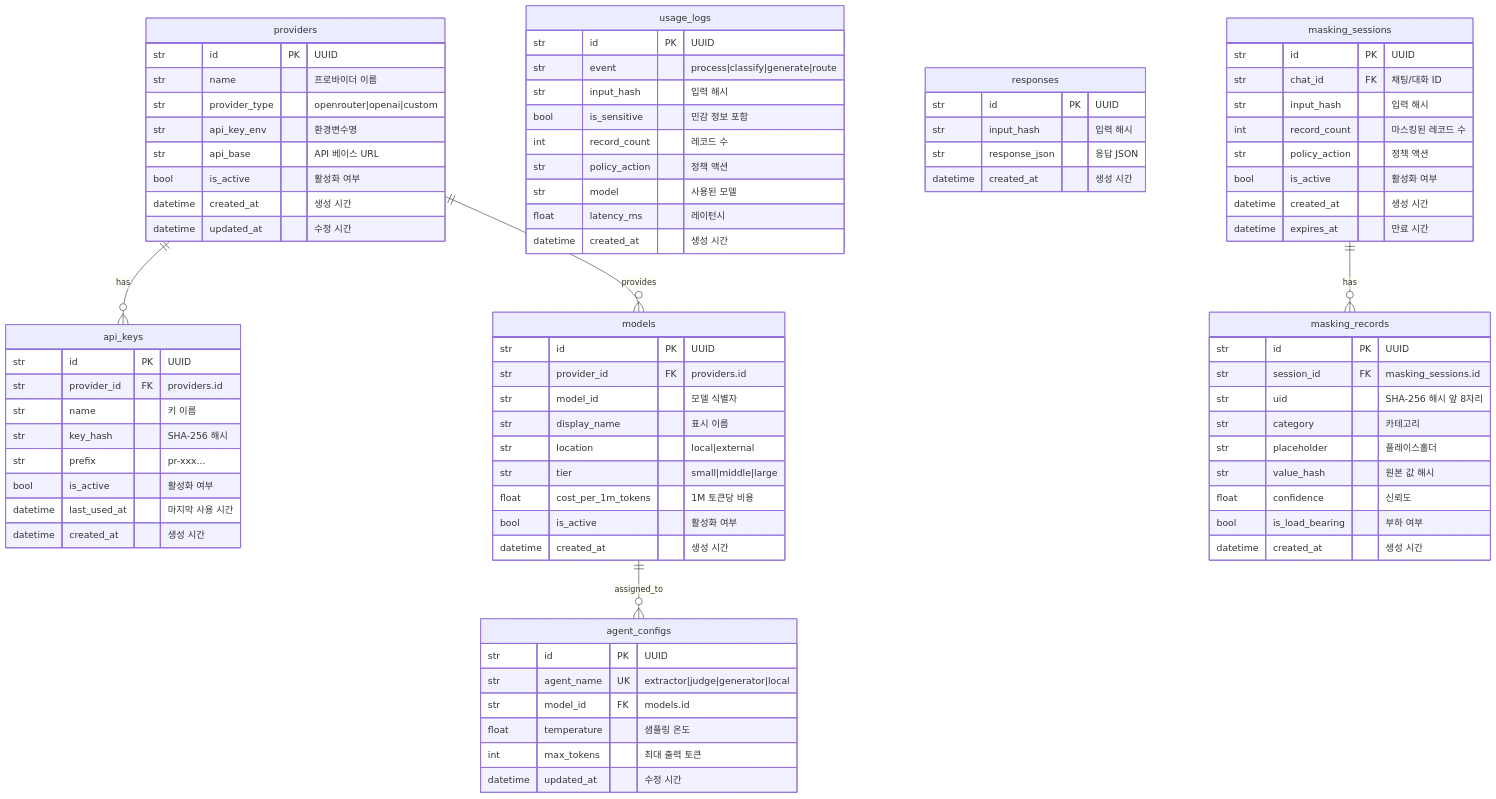
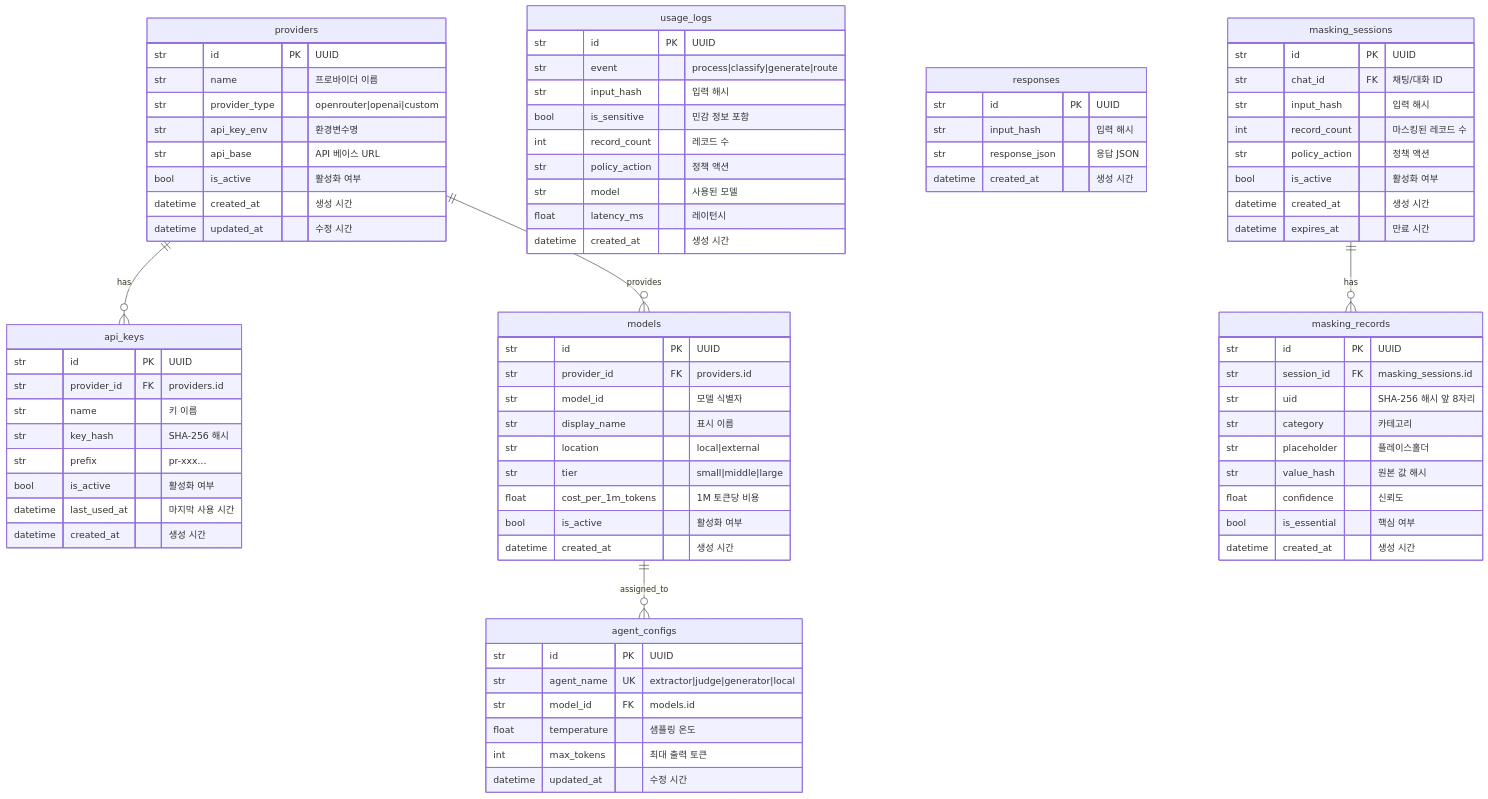
The second of 5 diagrams in code/docs/architectures/ARCHITECTURE.md (lincolnkerry/Generative-AI-Blockchain-2026), drawn with Mermaid before and after one commit. The commit also changed other lines of this file and 21 other files, not shown here.

```diff
--- a/code/docs/architectures/ARCHITECTURE.md
+++ b/code/docs/architectures/ARCHITECTURE.md
@@ -171,7 +171,7 @@
         str placeholder "플레이스홀더"
         str value_hash "원본 값 해시"
         float confidence "신뢰도"
-        bool is_load_bearing "부하 여부"
+        bool is_essential "핵심 여부"
         datetime created_at "생성 시간"
     }
 
```
